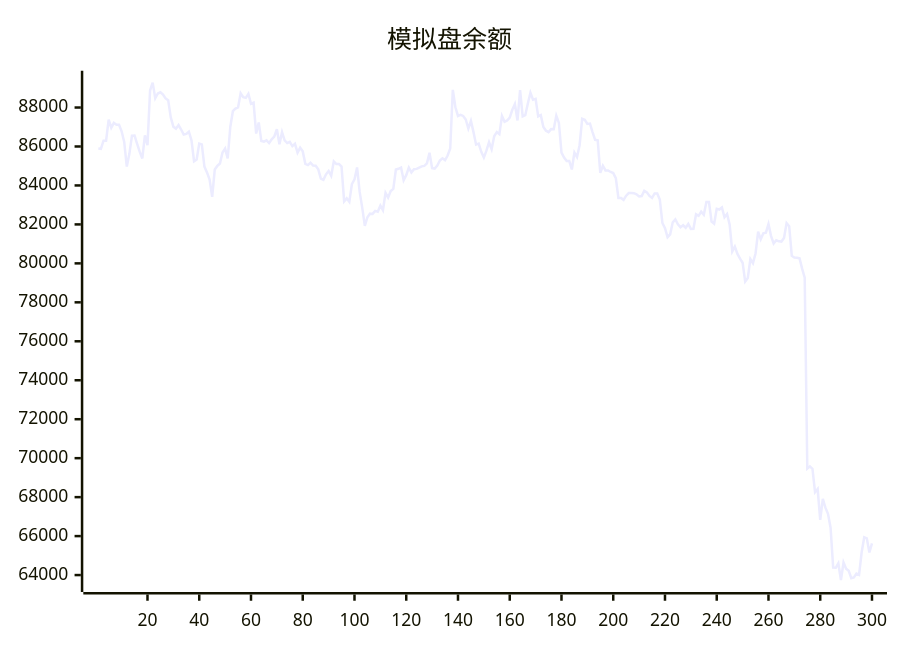
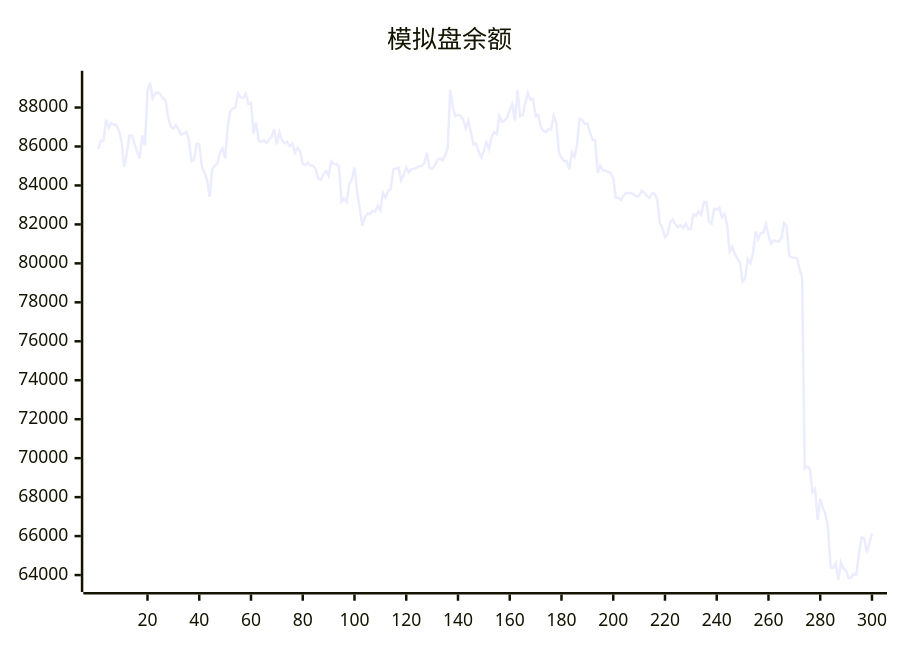
The diagram in README.md (aahl/ai-trading), drawn with Mermaid before and after one commit. The commit also changed other lines of this file and 1 other file, not shown here.

````diff
--- a/README.md
+++ b/README.md
@@ -5,5 +5,5 @@
 ```mermaid
 xychart
     title "模拟盘余额"
-    line [85896,85880,86300,86299,87378,86965,87214,87115,87118,86780,86238,84966,85623,86555,86562,86129,85722,85387,86569,86070,88870,89278,88477,88720,88781,88668,88467,88372,87493,87018,86917,87102,86870,86613,86644,86758,86317,85242,85334,86149,86106,84968,84671,84302,83410,84816,85001,85127,85693,85891,85384,87001,87811,87945,88007,88734,88528,88495,88705,88189,88248,86662,87234,86279,86251,86314,86177,86364,86503,86886,86114,86731,86310,86176,86240,86017,86136,85685,85938,85749,85111,85044,85164,85016,85008,84824,84354,84287,84572,84745,84500,85234,85096,85095,84970,83180,83338,83157,84070,84309,84922,83667,82850,81924,82369,82552,82539,82695,82648,82962,82728,83619,83378,83710,83825,84819,84854,84917,84265,84527,84919,84668,84834,84850,84916,84981,85004,85131,85674,84891,84864,85019,85284,85393,85294,85538,85894,88904,88012,87567,87625,87568,87386,86920,87313,86737,86094,86143,85725,85437,85787,86219,85859,86526,86740,86630,87563,87264,87335,87483,87886,88180,87335,88894,87544,87608,88207,88755,88401,88444,87543,87608,87000,86810,86740,86894,86884,87576,87209,85686,85435,85251,85255,84820,85689,85453,86066,87420,87373,87161,87178,86740,86341,86315,84643,85012,84772,84768,84690,84635,84376,83360,83357,83259,83474,83608,83606,83602,83548,83440,83454,83724,83644,83464,83365,83590,83592,83275,82072,81806,81344,81492,82109,82254,82006,81848,81955,81829,82022,81769,81776,82522,82441,82656,82498,83144,83144,82150,82038,82797,82763,82872,82367,82536,81981,80612,80862,80484,80242,80034,79063,79245,80226,80016,80507,81625,81233,81544,81578,82016,81401,81019,81186,81130,81118,81306,82066,81909,80392,80304,80291,80258,79729,79261,69466,69579,69456,68251,68415,66832,67911,67462,67144,66432,64380,64375,64606,63740,64647,64324,64216,63842,63877,64078,64008,65156,65945,65888,65157,65625]
+    line [85880,86300,86299,87378,86965,87214,87115,87118,86780,86238,84966,85623,86555,86562,86129,85722,85387,86569,86070,88870,89278,88477,88720,88781,88668,88467,88372,87493,87018,86917,87102,86870,86613,86644,86758,86317,85242,85334,86149,86106,84968,84671,84302,83410,84816,85001,85127,85693,85891,85384,87001,87811,87945,88007,88734,88528,88495,88705,88189,88248,86662,87234,86279,86251,86314,86177,86364,86503,86886,86114,86731,86310,86176,86240,86017,86136,85685,85938,85749,85111,85044,85164,85016,85008,84824,84354,84287,84572,84745,84500,85234,85096,85095,84970,83180,83338,83157,84070,84309,84922,83667,82850,81924,82369,82552,82539,82695,82648,82962,82728,83619,83378,83710,83825,84819,84854,84917,84265,84527,84919,84668,84834,84850,84916,84981,85004,85131,85674,84891,84864,85019,85284,85393,85294,85538,85894,88904,88012,87567,87625,87568,87386,86920,87313,86737,86094,86143,85725,85437,85787,86219,85859,86526,86740,86630,87563,87264,87335,87483,87886,88180,87335,88894,87544,87608,88207,88755,88401,88444,87543,87608,87000,86810,86740,86894,86884,87576,87209,85686,85435,85251,85255,84820,85689,85453,86066,87420,87373,87161,87178,86740,86341,86315,84643,85012,84772,84768,84690,84635,84376,83360,83357,83259,83474,83608,83606,83602,83548,83440,83454,83724,83644,83464,83365,83590,83592,83275,82072,81806,81344,81492,82109,82254,82006,81848,81955,81829,82022,81769,81776,82522,82441,82656,82498,83144,83144,82150,82038,82797,82763,82872,82367,82536,81981,80612,80862,80484,80242,80034,79063,79245,80226,80016,80507,81625,81233,81544,81578,82016,81401,81019,81186,81130,81118,81306,82066,81909,80392,80304,80291,80258,79729,79261,69466,69579,69456,68251,68415,66832,67911,67462,67144,66432,64380,64375,64606,63740,64647,64324,64216,63842,63877,64078,64008,65156,65945,65888,65157,65625,66144]
 ```
````
